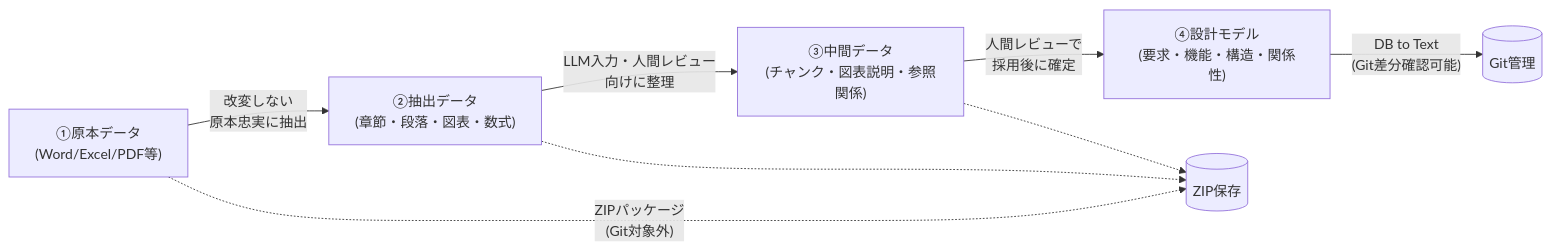
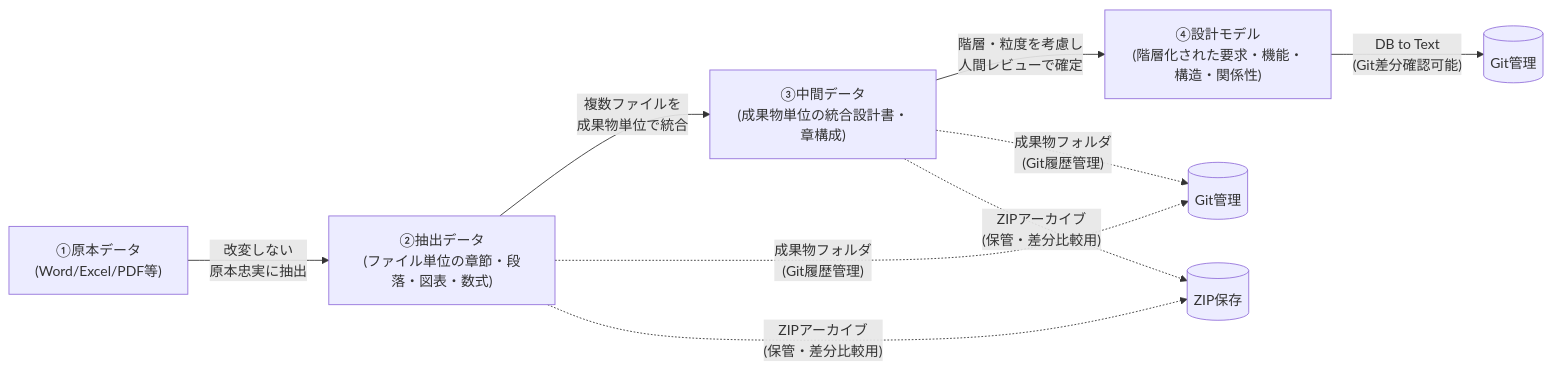
The first of 2 diagrams in docs/srs_main.md (kfuruichi0920/d2d), drawn with Mermaid before and after one commit. The commit also changed other lines of this file and 1 other file, not shown here.

````diff
--- a/docs/srs_main.md
+++ b/docs/srs_main.md
@@ -67,16 +67,17 @@
 ```mermaid
 flowchart LR
     A["①原本データ\n(Word/Excel/PDF等)"]
-    B["②抽出データ\n(章節・段落・図表・数式)"]
-    C["③中間データ\n(チャンク・図表説明・参照関係)"]
-    D["④設計モデル\n(要求・機能・構造・関係性)"]
+    B["②抽出データ\n(ファイル単位の章節・段落・図表・数式)"]
+    C["③中間データ\n(成果物単位の統合設計書・章構成)"]
+    D["④設計モデル\n(階層化された要求・機能・構造・関係性)"]
 
     A -->|"改変しない\n原本忠実に抽出"| B
-    B -->|"LLM入力・人間レビュー\n向けに整理"| C
-    C -->|"人間レビューで\n採用後に確定"| D
+    B -->|"複数ファイルを\n成果物単位で統合"| C
+    C -->|"階層・粒度を考慮し\n人間レビューで確定"| D
     D -->|"DB to Text\n(Git差分確認可能)"| E[(Git管理)]
 
-    A -.->|"ZIPパッケージ\n(Git対象外)"| Z[(ZIP保存)]
-    B -.-> Z
-    C -.-> Z
+    B -.->|"成果物フォルダ\n(Git履歴管理)"| G[(Git管理)]
+    C -.->|"成果物フォルダ\n(Git履歴管理)"| G
+    B -.->|"ZIPアーカイブ\n(保管・差分比較用)"| Z[(ZIP保存)]
+    C -.->|"ZIPアーカイブ\n(保管・差分比較用)"| Z
 ```
````
